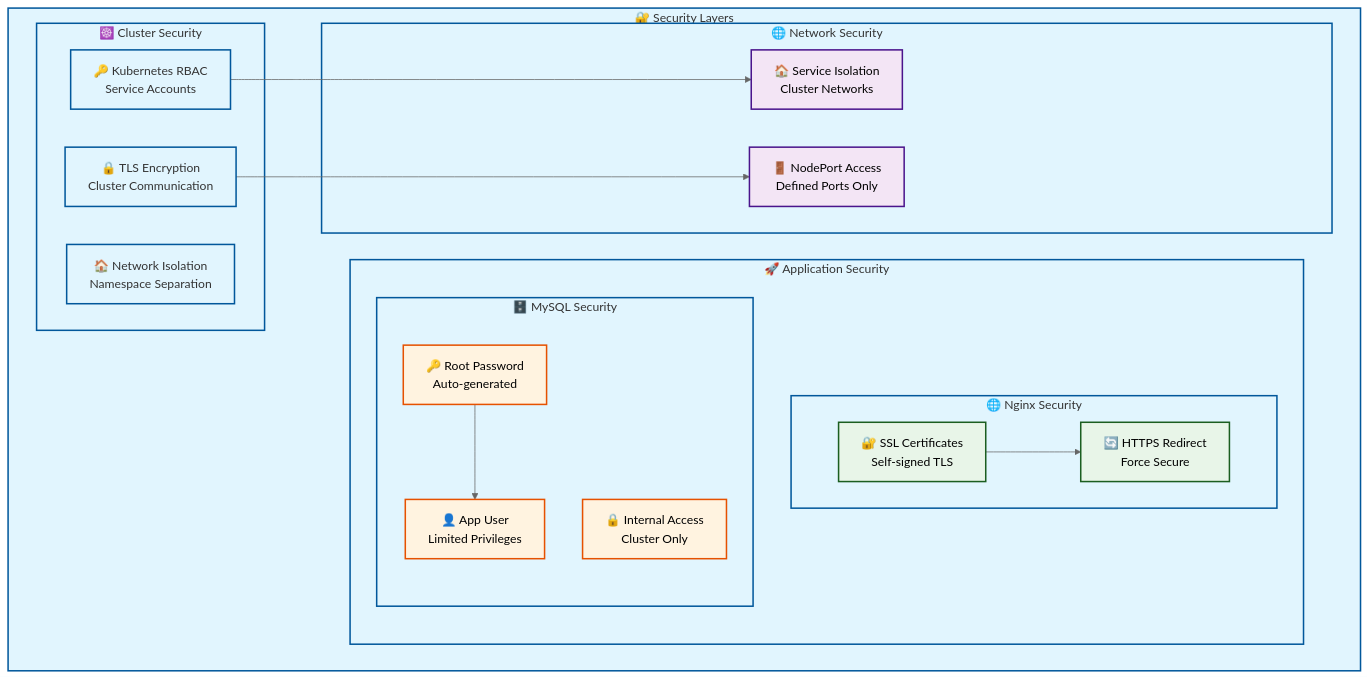
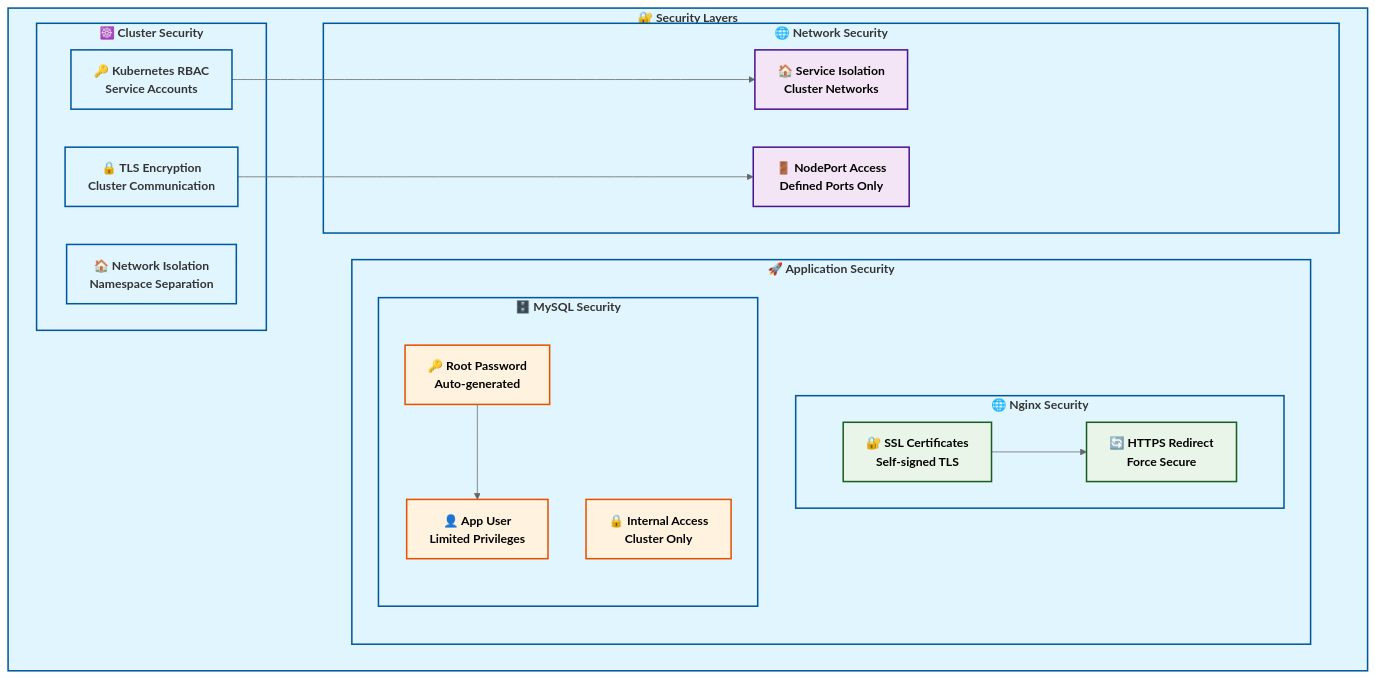
One commit to msreekanth02/kind-kubernetes-cluster-manager changed the ninth of 9 diagrams in ARCHITECTURE.md. Above: the diagram before and after it, drawn with Mermaid (neutral theme). The commit also changed other lines of this file, not shown here.

First line of the commit message:
🎨 Enhance all Mermaid diagrams with improved typography

````diff
--- a/ARCHITECTURE.md
+++ b/ARCHITECTURE.md
@@ -342,43 +342,43 @@
 ```mermaid
 graph TB
     subgraph "🔐 Security Layers"
         subgraph "☸️ Cluster Security"
             RBAC["🔑 Kubernetes RBAC<br/>Service Accounts"]
             TLS["🔒 TLS Encryption<br/>Cluster Communication"]
             ISOLATION["🏠 Network Isolation<br/>Namespace Separation"]
         end
         
         subgraph "🚀 Application Security"
             subgraph "🌐 Nginx Security"
                 SSL_CERTS["🔐 SSL Certificates<br/>Self-signed TLS"]
                 HTTPS_ONLY["🔄 HTTPS Redirect<br/>Force Secure"]
             end
             
             subgraph "🗄️ MySQL Security"
                 ROOT_PASS["🔑 Root Password<br/>Auto-generated"]
                 APP_USER["👤 App User<br/>Limited Privileges"]
                 INTERNAL_NET["🔒 Internal Access<br/>Cluster Only"]
             end
         end
         
         subgraph "🌐 Network Security"
             SERVICE_LAYER["🏠 Service Isolation<br/>Cluster Networks"]
             CONTROLLED_ACCESS["🚪 NodePort Access<br/>Defined Ports Only"]
         end
     end
     
     RBAC --> SERVICE_LAYER
     SSL_CERTS --> HTTPS_ONLY
     ROOT_PASS --> APP_USER
     TLS --> CONTROLLED_ACCESS
     
-    classDef cluster fill:#e1f5fe,stroke:#01579b,stroke-width:2px
-    classDef nginx fill:#e8f5e8,stroke:#1b5e20,stroke-width:2px
-    classDef mysql fill:#fff3e0,stroke:#e65100,stroke-width:2px
-    classDef network fill:#f3e5f5,stroke:#4a148c,stroke-width:2px
+    classDef cluster fill:#e1f5fe,stroke:#01579b,stroke-width:2px,font-size:16px,font-weight:bold
+    classDef nginx fill:#e8f5e8,stroke:#1b5e20,stroke-width:2px,font-size:16px,font-weight:bold
+    classDef mysql fill:#fff3e0,stroke:#e65100,stroke-width:2px,font-size:16px,font-weight:bold
+    classDef network fill:#f3e5f5,stroke:#4a148c,stroke-width:2px,font-size:16px,font-weight:bold
     
     class RBAC,TLS,ISOLATION cluster
     class SSL_CERTS,HTTPS_ONLY nginx
     class ROOT_PASS,APP_USER,INTERNAL_NET mysql
     class SERVICE_LAYER,CONTROLLED_ACCESS network
 ```
````
